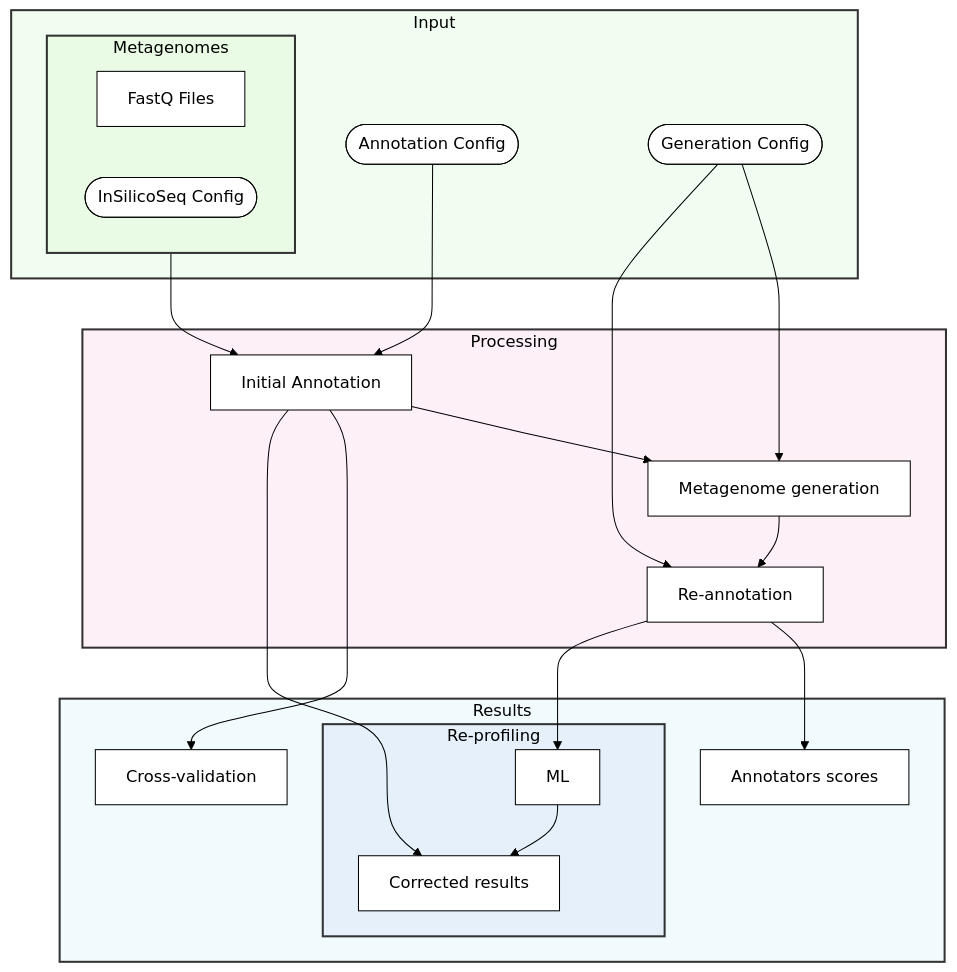
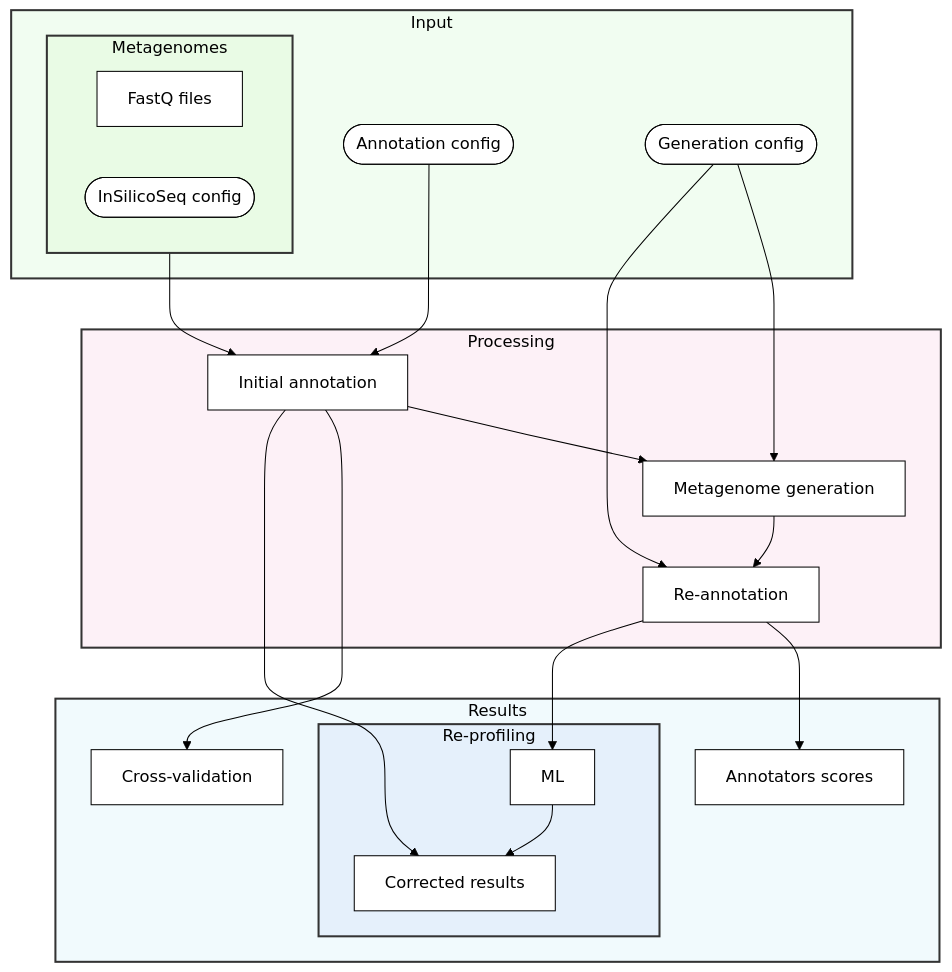
One commit to ctlab/samovar changed the diagram in project/pipeline.md. Above: the diagram before and after it, drawn with Mermaid. The commit also changed 1 other file, not shown here.

Commit message:
small documentation change

````diff
--- a/project/pipeline.md
+++ b/project/pipeline.md
@@ -9,37 +9,37 @@
 ```mermaid
 %%{init: {'theme': 'base', 'themeVariables': { 'fontSize': '16px', 'fontFamily': 'arial', 'primaryColor': '#fff', 'primaryTextColor': '#000', 'primaryBorderColor': '#000', 'lineColor': '#000', 'secondaryColor': '#fff', 'tertiaryColor': '#fff'}}}%%
 graph TD
     subgraph Input
         subgraph Metagenomes
-            A1[FastQ Files]
-            A2([InSilicoSeq Config])
+            A1[FastQ files]
+            A2([InSilicoSeq config])
         end
-        A3([Annotation Config])
-        A4([Generation Config])
+        A3([Annotation config])
+        A4([Generation config])
     end
 
     subgraph Processing
-        Metagenomes --> C[Initial Annotation]
+        Metagenomes --> C[Initial annotation]
         A3 --> C
         C --> E
         A4 --> E[Metagenome generation]
         E --> F[Re-annotation]
         A4 --> F
     end
 
     subgraph Results
         C --> C1[Cross-validation]
         F --> G1[Annotators scores]
         F --> ML
         subgraph Re-profiling
             C --> R
             ML --> R[Corrected results]
         end
     end
 
     style Input fill:#90ee9020,stroke:#333,stroke-width:2px
     style Metagenomes fill:#b2ee9020,stroke:#333,stroke-width:2px
     style Processing fill:#ee90bf20,stroke:#333,stroke-width:2px
     style Results fill:#90d8ee20,stroke:#333,stroke-width:2px
     style Re-profiling fill:#90a4ee20,stroke:#333,stroke-width:2px
 ```
````
